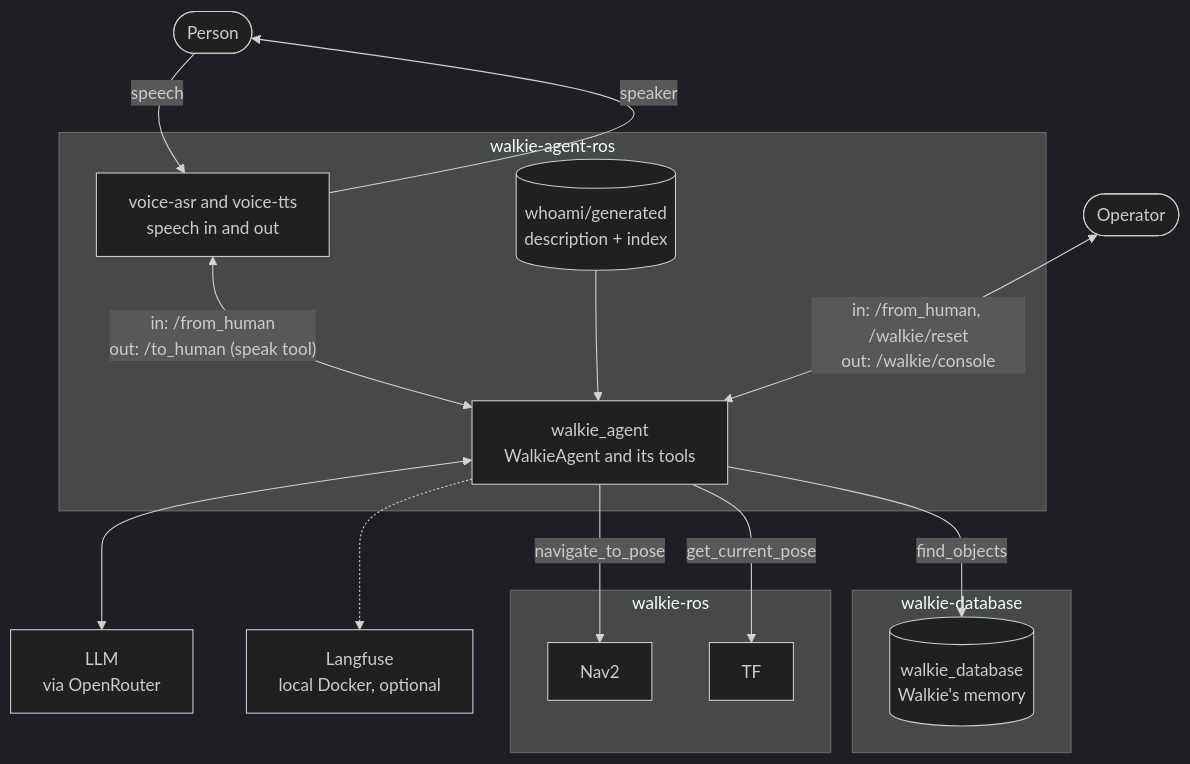
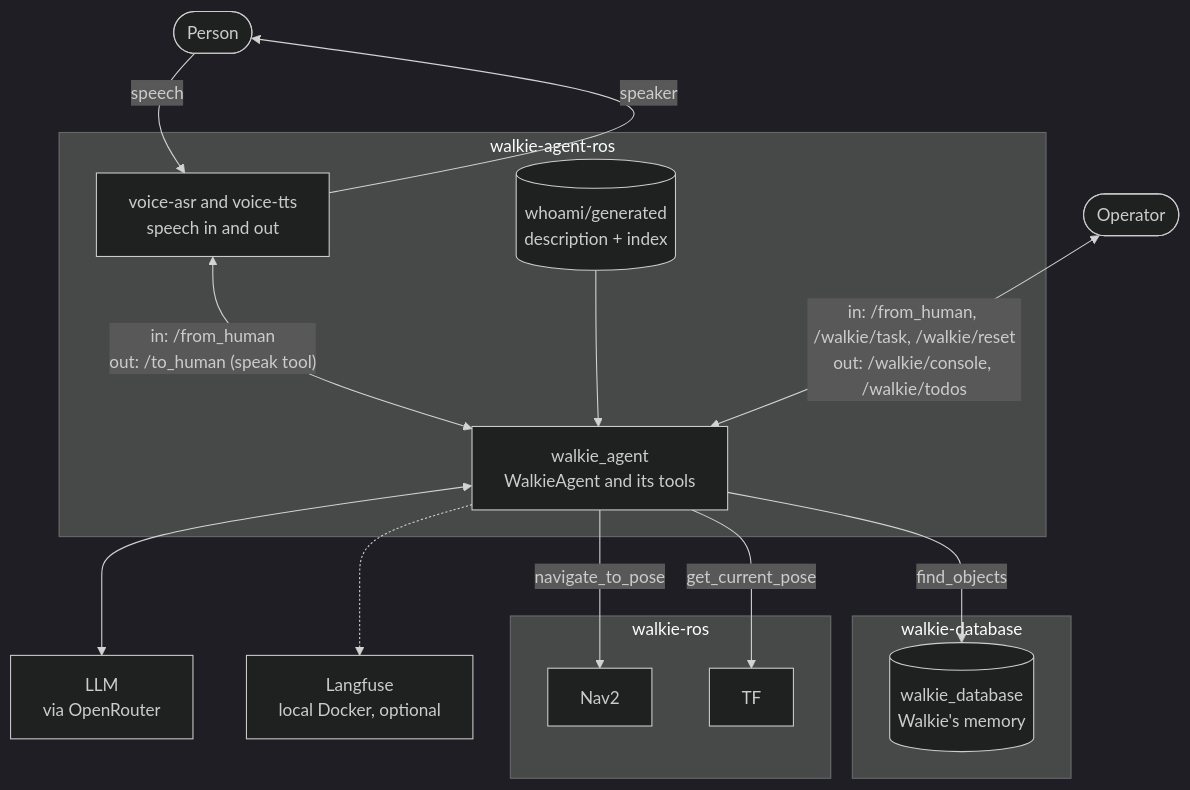
One commit to EIC-Robocup-2026/walkie-agent-ros changed the first of 4 diagrams in docs/architecture/agent.md. Above: the diagram before and after it, drawn with Mermaid (dark theme). The commit also changed other lines of this file and 32 other files, not shown here.

````diff
--- a/docs/architecture/agent.md
+++ b/docs/architecture/agent.md
@@ -59,34 +63,34 @@
 ```mermaid
 flowchart TB
   person([Person])
   operator([Operator])
 
   subgraph agent_repo["walkie-agent-ros"]
     voice["voice-asr and voice-tts<br/>speech in and out"]
     agent["walkie_agent<br/>WalkieAgent and its tools"]
     whoami[("whoami/generated<br/>description + index")]
   end
 
   llm["LLM<br/>via OpenRouter"]
   langfuse["Langfuse<br/>local Docker, optional"]
 
   subgraph robot["walkie-ros"]
     nav2["Nav2"]
     tf["TF"]
   end
 
   subgraph memory["walkie-database"]
     db[("walkie_database<br/>Walkie's memory")]
   end
 
   person -- speech --> voice
   voice -- speaker --> person
   voice <-- "in: /from_human<br/>out: /to_human (speak tool)" --> agent
-  operator <-- "in: /from_human, /walkie/reset<br/>out: /walkie/console" --> agent
+  operator <-- "in: /from_human, /walkie/task, /walkie/reset<br/>out: /walkie/console, /walkie/todos" --> agent
   whoami --> agent
   agent <--> llm
   agent -.-> langfuse
   agent -- "navigate_to_pose" --> nav2
   agent -- "get_current_pose" --> tf
   agent -- "find_objects" --> db
 ```
````
